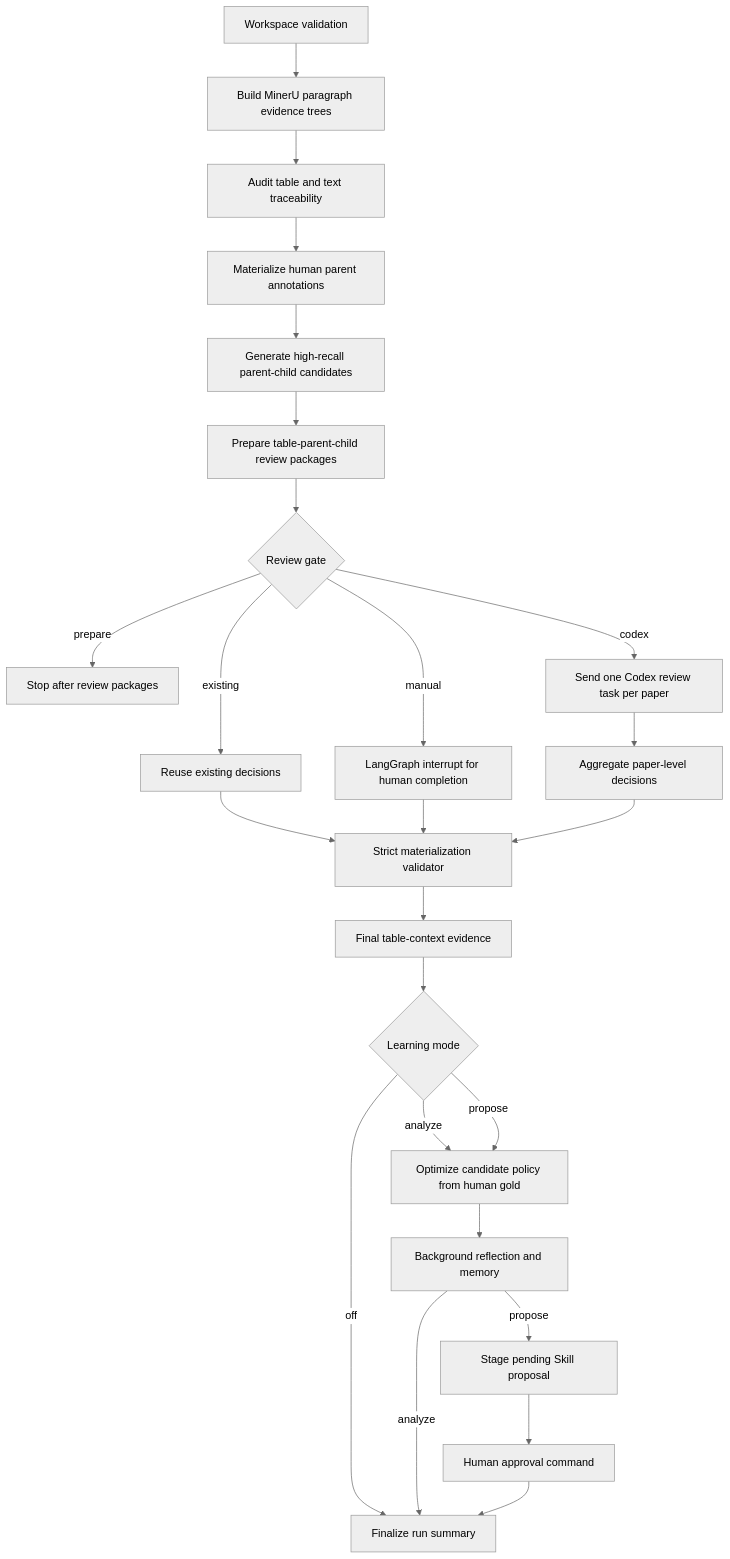
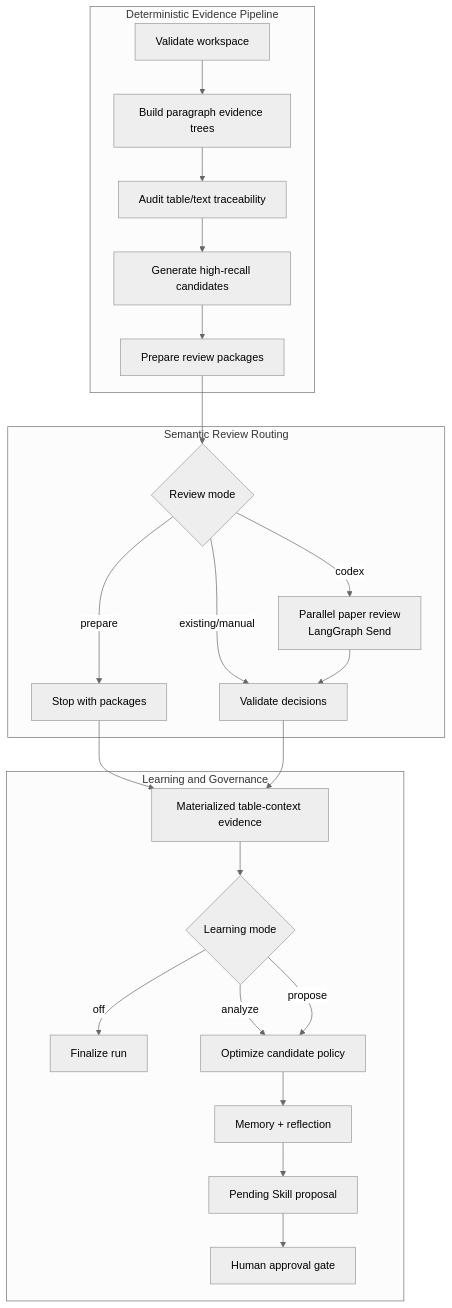
One commit to huabinW/TabRefDetect changed the diagram in agent/tabref_context_agent/README.md. Above: the diagram before and after it, drawn with Mermaid (neutral theme). The commit also changed other lines of this file and 1 other file, not shown here.

Commit message:
Refine README architecture sections

````diff
--- a/agent/tabref_context_agent/README.md
+++ b/agent/tabref_context_agent/README.md
@@ -33,30 +33,31 @@
 ```mermaid
 flowchart TD
-    A[Workspace validation] --> B[Build MinerU paragraph evidence trees]
-    B --> C[Audit table and text traceability]
-    C --> D[Materialize human parent annotations]
-    D --> E[Generate high-recall parent-child candidates]
-    E --> F[Prepare table-parent-child review packages]
-    F --> G{Review gate}
+    subgraph A["Deterministic Evidence Pipeline"]
+        A1["Validate workspace"] --> A2["Build paragraph evidence trees"]
+        A2 --> A3["Audit table/text traceability"]
+        A3 --> A4["Generate high-recall candidates"]
+        A4 --> A5["Prepare review packages"]
+    end
 
-    G -->|prepare| H[Stop after review packages]
-    G -->|existing| I[Reuse existing decisions]
-    G -->|manual| J[LangGraph interrupt for human completion]
-    G -->|codex| K[Send one Codex review task per paper]
+    subgraph B["Semantic Review Routing"]
+        B1{"Review mode"}
+        B1 -->|prepare| B2["Stop with packages"]
+        B1 -->|existing/manual| B3["Validate decisions"]
+        B1 -->|codex| B4["Parallel paper review<br/>LangGraph Send"]
+        B4 --> B3
+    end
 
-    K --> L[Aggregate paper-level decisions]
-    I --> M[Strict materialization validator]
-    J --> M
-    L --> M
-    M --> N[Final table-context evidence]
+    subgraph C["Learning and Governance"]
+        C1["Materialized table-context evidence"] --> C2{"Learning mode"}
+        C2 -->|off| C3["Finalize run"]
+        C2 -->|analyze| C4["Optimize candidate policy"]
+        C2 -->|propose| C4
+        C4 --> C5["Memory + reflection"]
+        C5 --> C6["Pending Skill proposal"]
+        C6 --> C7["Human approval gate"]
+    end
 
-    N --> O{Learning mode}
-    O -->|off| P[Finalize run summary]
-    O -->|analyze| Q[Optimize candidate policy from human gold]
-    O -->|propose| Q
-    Q --> R[Background reflection and memory]
-    R -->|analyze| P
-    R -->|propose| S[Stage pending Skill proposal]
-    S --> T[Human approval command]
-    T --> P
+    A5 --> B1
+    B2 --> C1
+    B3 --> C1
 ```
````
